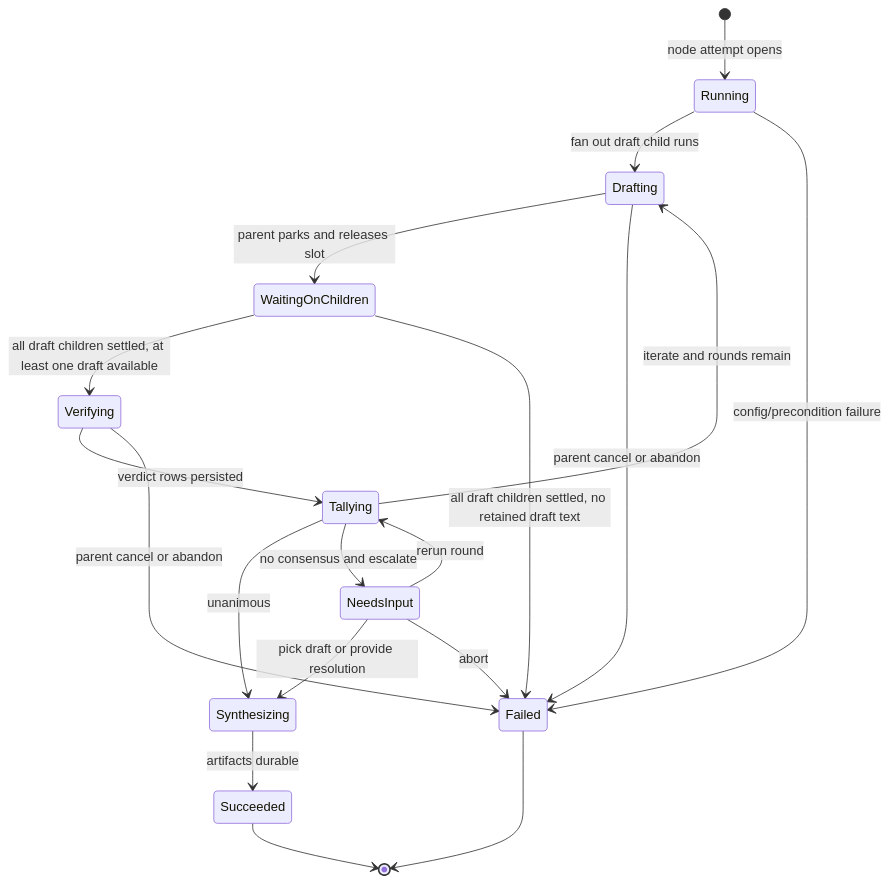
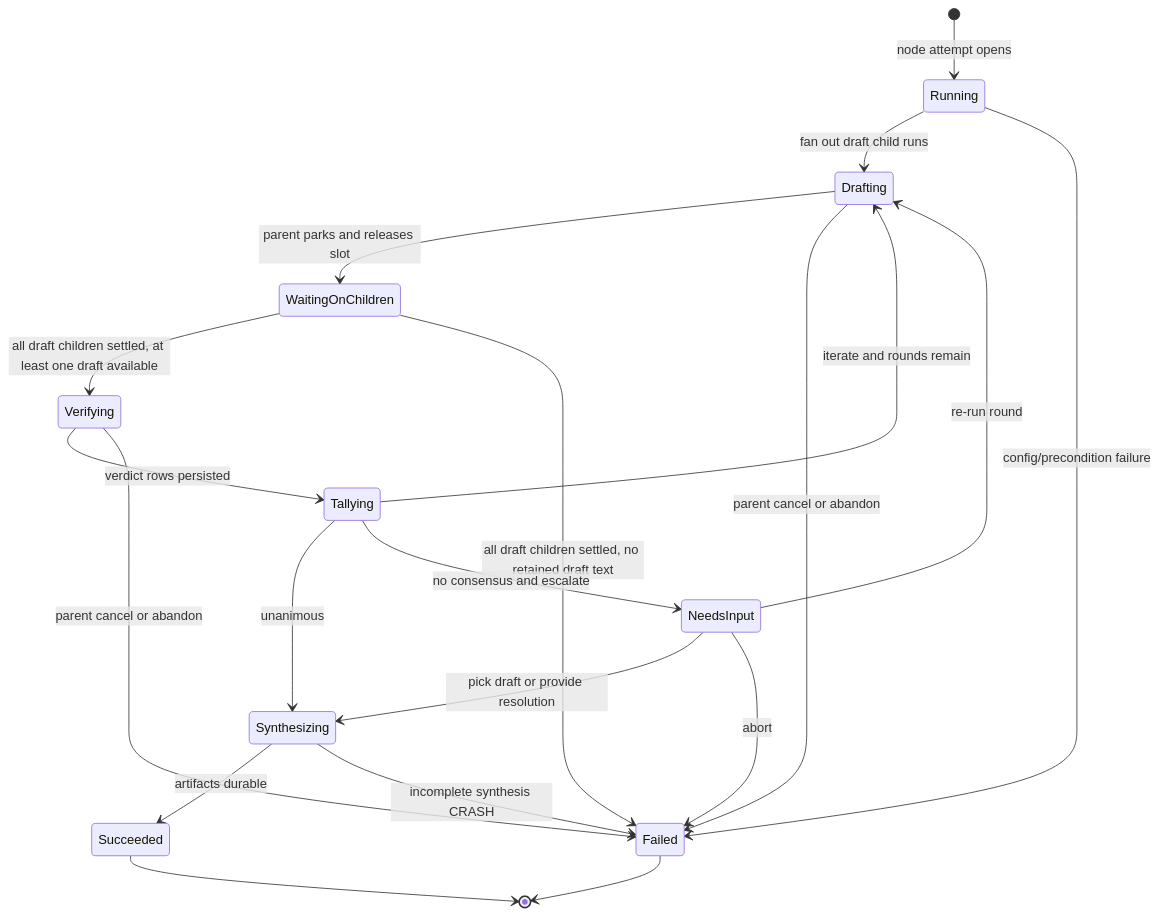
The first of 4 diagrams in docs/system-analytics/consensus.md (maister-dev/maister), drawn with Mermaid before and after one commit. The commit also changed other lines of this file and 5 other files, not shown here.

````diff
--- a/docs/system-analytics/consensus.md
+++ b/docs/system-analytics/consensus.md
@@ -67,21 +67,22 @@
 ```mermaid
 stateDiagram-v2
     [*] --> Running: node attempt opens
     Running --> Drafting: fan out draft child runs
     Drafting --> WaitingOnChildren: parent parks and releases slot
     WaitingOnChildren --> Verifying: all draft children settled, at least one draft available
     WaitingOnChildren --> Failed: all draft children settled, no retained draft text
     Verifying --> Tallying: verdict rows persisted
     Tallying --> Synthesizing: unanimous
     Tallying --> Drafting: iterate and rounds remain
     Tallying --> NeedsInput: no consensus and escalate
-    NeedsInput --> Tallying: rerun round
+    NeedsInput --> Drafting: re-run round
     NeedsInput --> Synthesizing: pick draft or provide resolution
     NeedsInput --> Failed: abort
     Synthesizing --> Succeeded: artifacts durable
+    Synthesizing --> Failed: incomplete synthesis CRASH
     Running --> Failed: config/precondition failure
     Drafting --> Failed: parent cancel or abandon
     Verifying --> Failed: parent cancel or abandon
     Succeeded --> [*]
     Failed --> [*]
 ```
````
